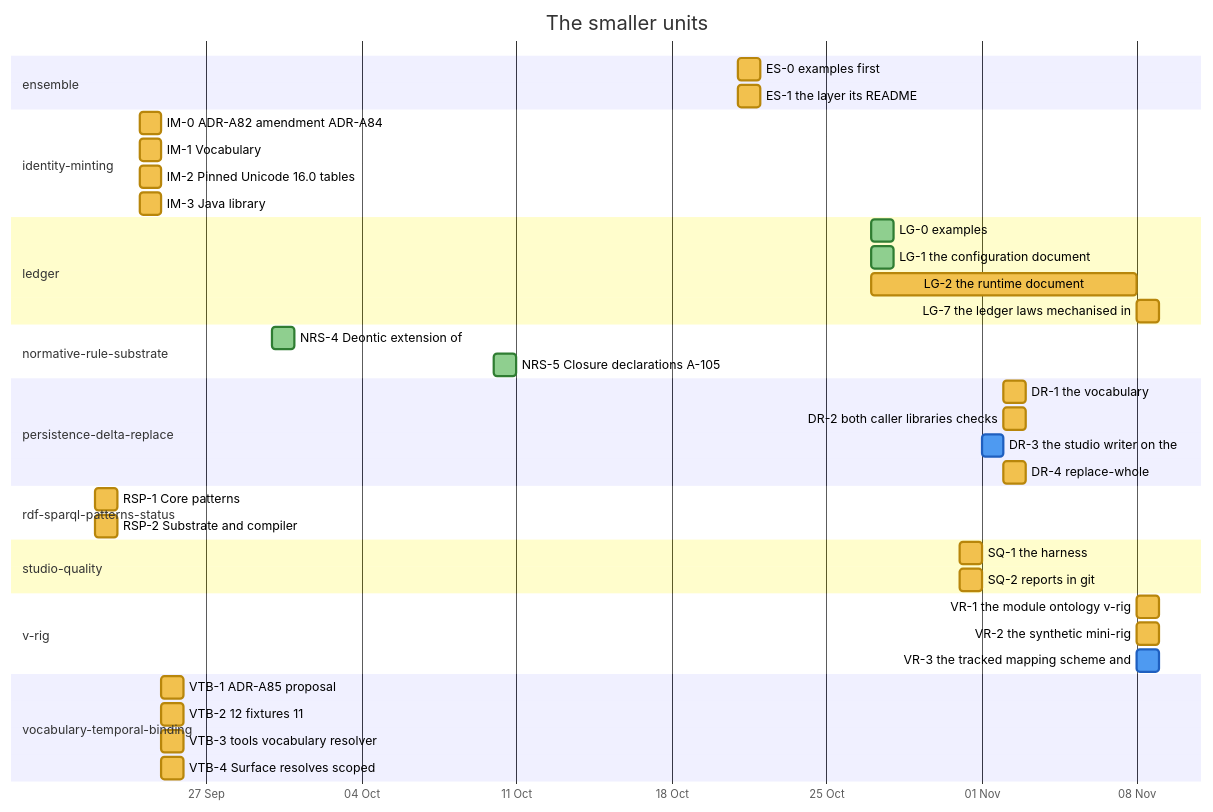
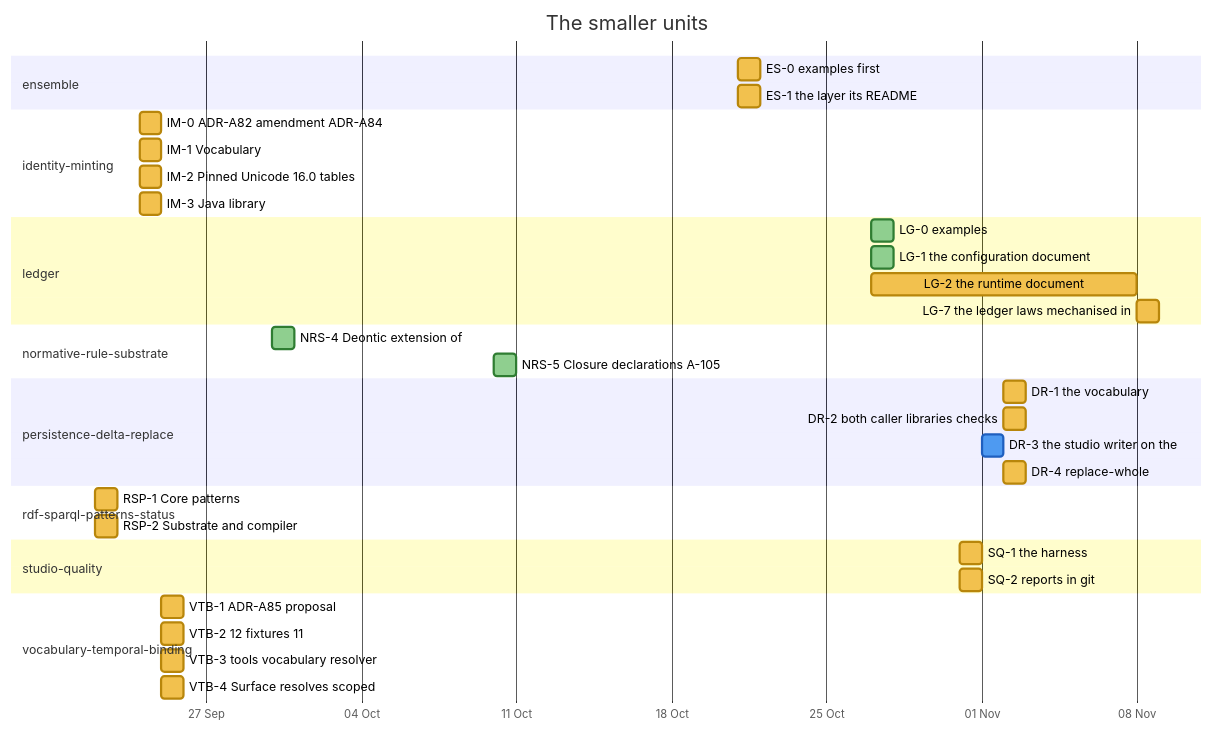
One commit to nebularis/lattice changed diagram 21 of 30 in docs/developer/ROADMAP.md. Above: the diagram before and after it, drawn with Mermaid. The commit also changed other lines of this file, not shown here.

````diff
--- a/docs/developer/ROADMAP.md
+++ b/docs/developer/ROADMAP.md
@@ -537,43 +553,39 @@
 ```mermaid
 %%{init: {"themeVariables": {"taskBkgColor": "#f2c14e", "taskBorderColor": "#b8860b", "taskTextColor": "#000000", "activeTaskBkgColor": "#4e9af1", "activeTaskBorderColor": "#1f5fbf", "activeTaskBorderColor": "#1f5fbf", "doneTaskBkgColor": "#8fcf8f", "doneTaskBorderColor": "#2f7d32", "critBkgColor": "#f28b82", "critBorderColor": "#b23a30", "taskTextDarkColor": "#000000", "taskTextLightColor": "#000000"}}}%%
 gantt
     title The smaller units
     dateFormat YYYY-MM-DD
     axisFormat %d %b
     section ensemble
     ES-0 examples first :es0, 2026-10-21, 2026-10-22
     ES-1 the layer its README :es1, 2026-10-21, 2026-10-22
     section identity-minting
     IM-0 ADR-A82 amendment ADR-A84 :im0, 2026-09-24, 2026-09-25
     IM-1 Vocabulary :im1, 2026-09-24, 2026-09-25
     IM-2 Pinned Unicode 16.0 tables :im2, 2026-09-24, 2026-09-25
     IM-3 Java library :im3, 2026-09-24, 2026-09-25
     section ledger
     LG-0 examples :done, lg0, 2026-10-27, 2026-10-28
     LG-1 the configuration document :done, lg1, 2026-10-27, 2026-10-28
     LG-2 the runtime document :lg2, 2026-10-27, 2026-11-08
     LG-7 the ledger laws mechanised in :lg7, 2026-11-08, 2026-11-09
     section normative-rule-substrate
     NRS-4 Deontic extension of :done, nrs4, 2026-09-30, 2026-10-01
     NRS-5 Closure declarations A-105 :done, nrs5, 2026-10-10, 2026-10-11
     section persistence-delta-replace
     DR-1 the vocabulary :dr1, 2026-11-02, 2026-11-03
     DR-2 both caller libraries checks :dr2, 2026-11-02, 2026-11-03
     DR-3 the studio writer on the :active, dr3, 2026-11-01, 2026-11-02
     DR-4 replace-whole :dr4, 2026-11-02, 2026-11-03
     section rdf-sparql-patterns-status
     RSP-1 Core patterns :rsp1, 2026-09-22, 2026-09-23
     RSP-2 Substrate and compiler :rsp2, 2026-09-22, 2026-09-23
     section studio-quality
     SQ-1 the harness :sq1, 2026-10-31, 2026-11-01
     SQ-2 reports in git :sq2, 2026-10-31, 2026-11-01
-    section v-rig
-    VR-1 the module ontology v-rig :vr1, 2026-11-08, 2026-11-09
-    VR-2 the synthetic mini-rig :vr2, 2026-11-08, 2026-11-09
-    VR-3 the tracked mapping scheme and :active, vr3, 2026-11-08, 2026-11-09
     section vocabulary-temporal-binding
     VTB-1 ADR-A85 proposal :vtb1, 2026-09-25, 2026-09-26
     VTB-2 12 fixtures 11 :vtb2, 2026-09-25, 2026-09-26
     VTB-3 tools vocabulary resolver :vtb3, 2026-09-25, 2026-09-26
     VTB-4 Surface resolves scoped :vtb4, 2026-09-25, 2026-09-26
 ```
````
